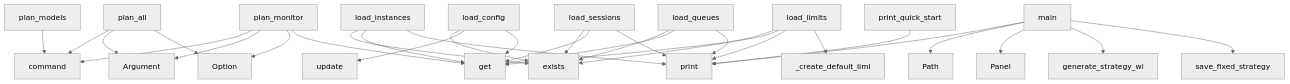
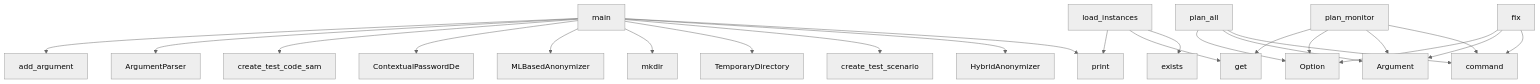
One commit to semcod/llx changed the diagram in project/context.md. Above: the diagram before and after it, drawn with Mermaid (neutral theme). The commit also changed other lines of this file and 47 other files, not shown here.

````diff
--- a/project/context.md
+++ b/project/context.md
@@ -611,33 +586,26 @@
 ```mermaid
 graph TD
+    main --> print
+    main --> HybridAnonymizer
+    main --> create_test_scenario
+    main --> TemporaryDirectory
+    main --> mkdir
+    main --> MLBasedAnonymizer
+    fix --> command
+    fix --> Argument
+    fix --> Option
+    main --> ContextualPasswordDe
+    main --> create_test_code_sam
     plan_all --> command
     plan_all --> Argument
     plan_all --> Option
+    main --> ArgumentParser
+    main --> add_argument
     load_instances --> exists
     load_instances --> get
     load_instances --> print
     plan_monitor --> command
     plan_monitor --> Argument
     plan_monitor --> Option
     plan_monitor --> get
-    print_quick_start --> print
-    load_config --> exists
-    load_config --> update
-    load_config --> get
-    load_limits --> exists
-    load_limits --> get
-    load_limits --> print
-    load_limits --> _create_default_limi
-    main --> print
-    main --> Path
-    main --> Panel
-    main --> generate_strategy_wi
-    main --> save_fixed_strategy
-    load_sessions --> exists
-    load_sessions --> get
-    load_sessions --> print
-    load_queues --> exists
-    load_queues --> get
-    load_queues --> print
-    plan_models --> command
 ```
````
